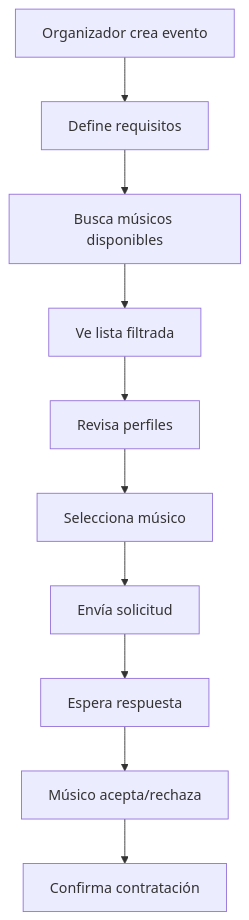
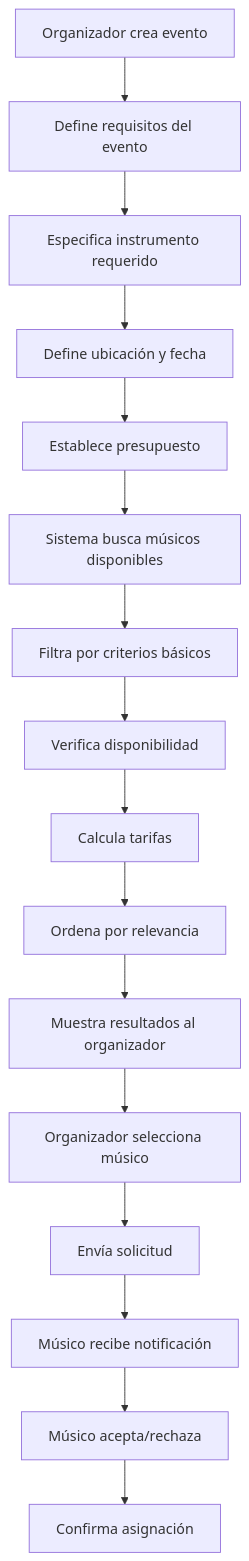
Before and after one commit to MussikOn/APP_MussikOn_Express: the diagram in docs/EVENT_ORGANIZER_MUSICIAN_SEARCH.md, drawn with Mermaid. The commit also changed other lines of this file and 30 other files, not shown here.

````diff
--- a/docs/EVENT_ORGANIZER_MUSICIAN_SEARCH.md
+++ b/docs/EVENT_ORGANIZER_MUSICIAN_SEARCH.md
@@ -469,12 +11,18 @@
 ```mermaid
 graph TD
-    A[Organizador crea evento] --> B[Define requisitos]
-    B --> C[Busca músicos disponibles]
-    C --> D[Ve lista filtrada]
-    D --> E[Revisa perfiles]
-    E --> F[Selecciona músico]
-    F --> G[Envía solicitud]
-    G --> H[Espera respuesta]
-    H --> I[Músico acepta/rechaza]
-    I --> J[Confirma contratación]
+    A[Organizador crea evento] --> B[Define requisitos del evento]
+    B --> C[Especifica instrumento requerido]
+    C --> D[Define ubicación y fecha]
+    D --> E[Establece presupuesto]
+    E --> F[Sistema busca músicos disponibles]
+    F --> G[Filtra por criterios básicos]
+    G --> H[Verifica disponibilidad]
+    H --> I[Calcula tarifas]
+    I --> J[Ordena por relevancia]
+    J --> K[Muestra resultados al organizador]
+    K --> L[Organizador selecciona músico]
+    L --> M[Envía solicitud]
+    M --> N[Músico recibe notificación]
+    N --> O[Músico acepta/rechaza]
+    O --> P[Confirma asignación]
 ```
````
